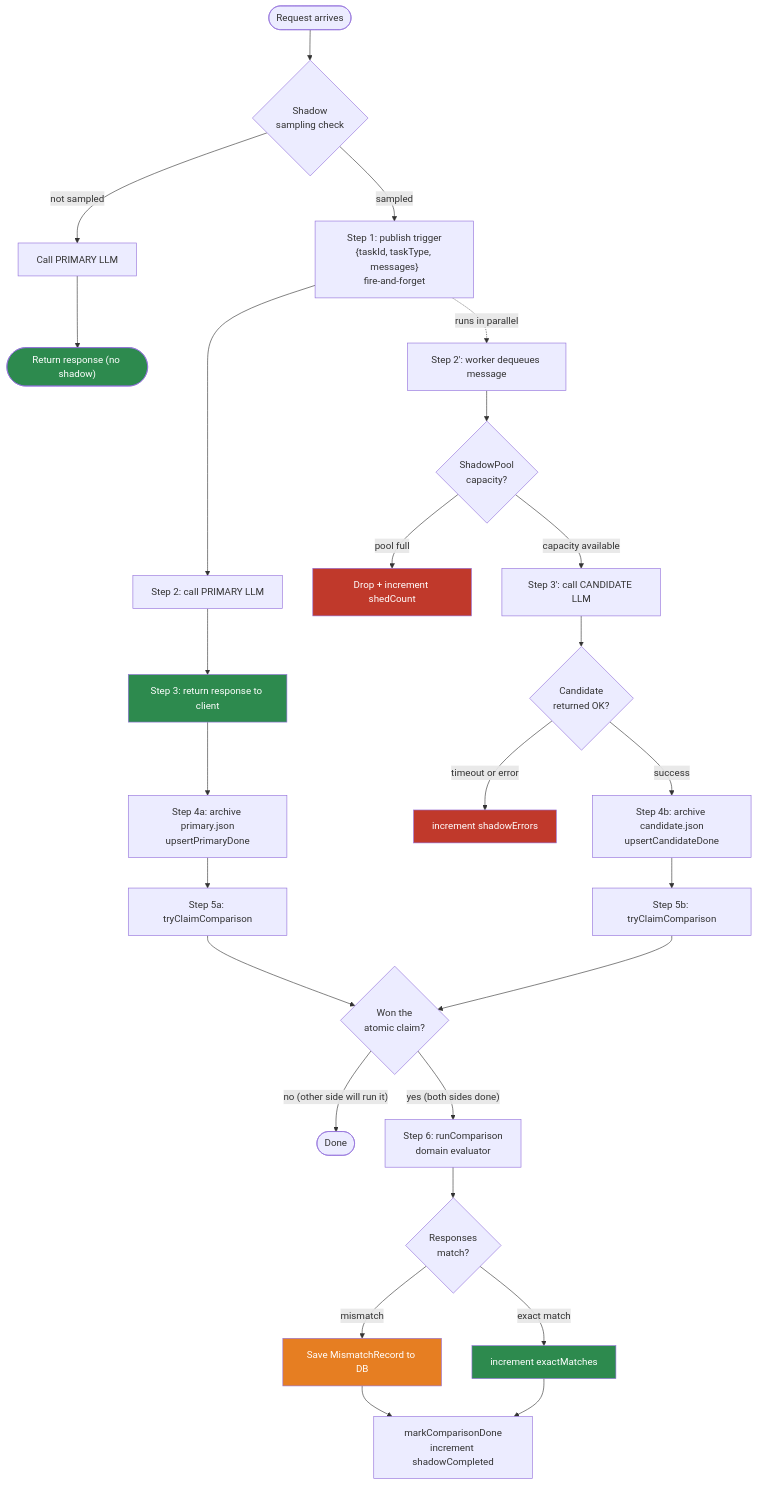
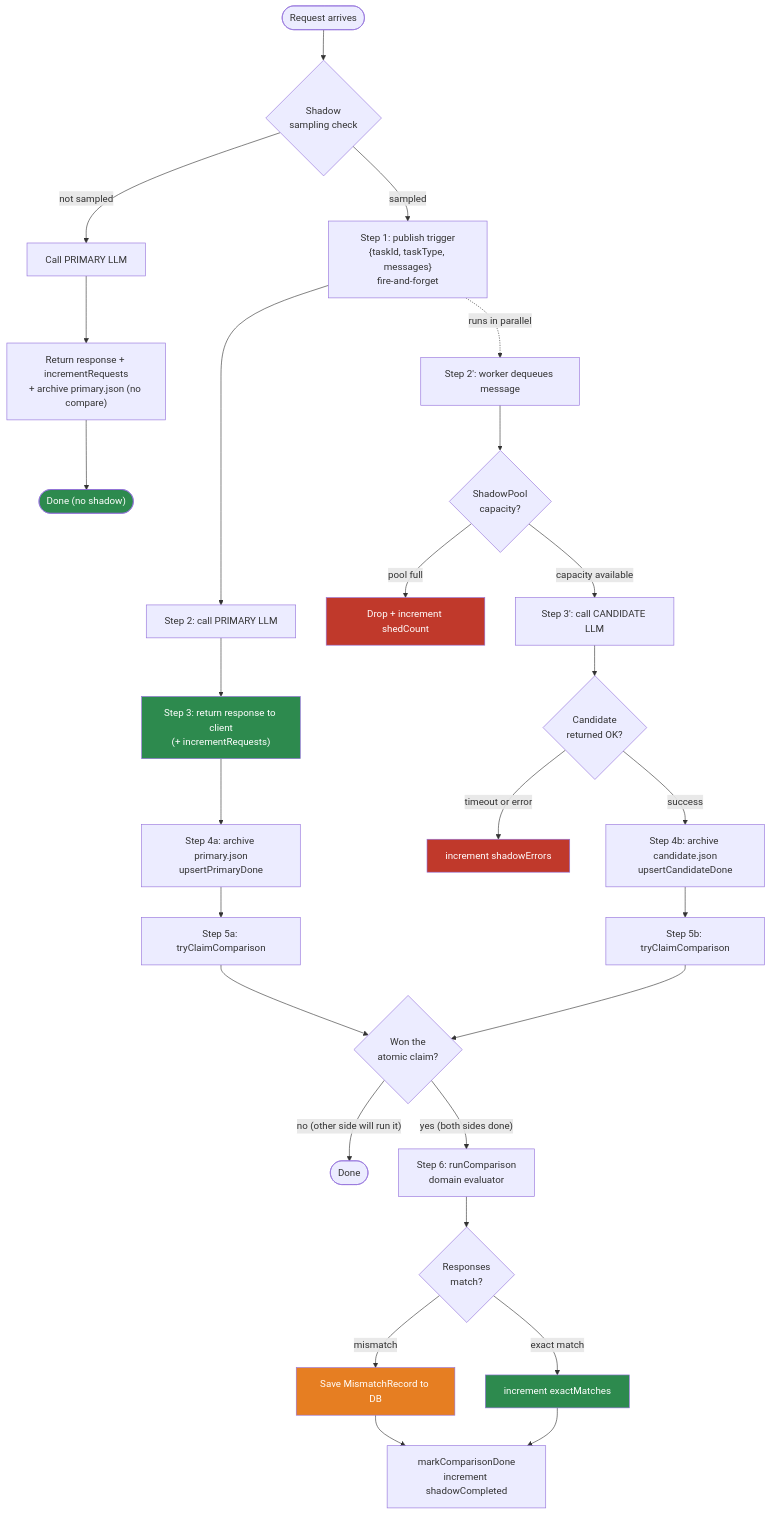
One commit to tastaslim/digitalOcean changed the third of 3 diagrams in README.md. Above: the diagram before and after it, drawn with Mermaid. The commit also changed other lines of this file and 2 other files, not shown here.

````diff
--- a/README.md
+++ b/README.md
@@ -141,40 +140,41 @@
 ```mermaid
 flowchart TD
     A(["Request arrives"]) --> SC{"Shadow<br/>sampling check"}
     SC -->|"sampled"| PUB["Step 1: publish trigger<br/>{taskId, taskType, messages}<br/>fire-and-forget"]
     SC -->|"not sampled"| B0["Call PRIMARY LLM"]
     PUB --> B["Step 2: call PRIMARY LLM"]
 
-    B --> C["Step 3: return response to client"]
-    B0 --> C0(["Return response (no shadow)"])
+    B --> C["Step 3: return response to client<br/>(+ incrementRequests)"]
+    B0 --> C0["Return response + incrementRequests<br/>+ archive primary.json (no compare)"]
+    C0 --> Z2(["Done (no shadow)"])
 
     C --> AP["Step 4a: archive primary.json<br/>upsertPrimaryDone"]
     AP --> CLP["Step 5a: tryClaimComparison"]
 
     PUB -. "runs in parallel" .-> I["Step 2': worker dequeues message"]
     I --> J{"ShadowPool<br/>capacity?"}
     J -->|"pool full"| K["Drop + increment shedCount"]
     J -->|"capacity available"| L["Step 3': call CANDIDATE LLM"]
     L --> M{"Candidate<br/>returned OK?"}
     M -->|"timeout or error"| N["increment shadowErrors"]
     M -->|"success"| AC["Step 4b: archive candidate.json<br/>upsertCandidateDone"]
     AC --> CLC["Step 5b: tryClaimComparison"]
 
     CLP --> WON{"Won the<br/>atomic claim?"}
     CLC --> WON
     WON -->|"no (other side will run it)"| Z(["Done"])
     WON -->|"yes (both sides done)"| O["Step 6: runComparison<br/>domain evaluator"]
 
     O --> P{"Responses<br/>match?"}
     P -->|"exact match"| Q["increment exactMatches"]
     P -->|"mismatch"| R["Save MismatchRecord to DB"]
     R --> S["markComparisonDone<br/>increment shadowCompleted"]
     Q --> S
 
     style C fill:#2d8a4e,color:#fff
-    style C0 fill:#2d8a4e,color:#fff
+    style Z2 fill:#2d8a4e,color:#fff
     style K fill:#c0392b,color:#fff
     style N fill:#c0392b,color:#fff
     style R fill:#e67e22,color:#fff
     style Q fill:#2d8a4e,color:#fff
 ```
````
